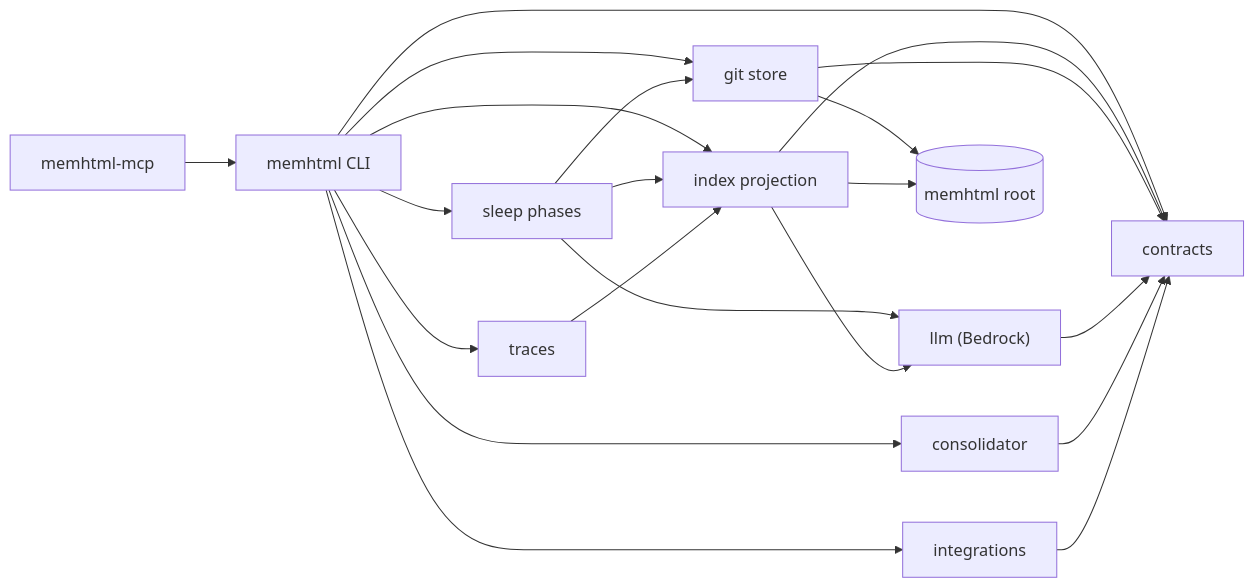
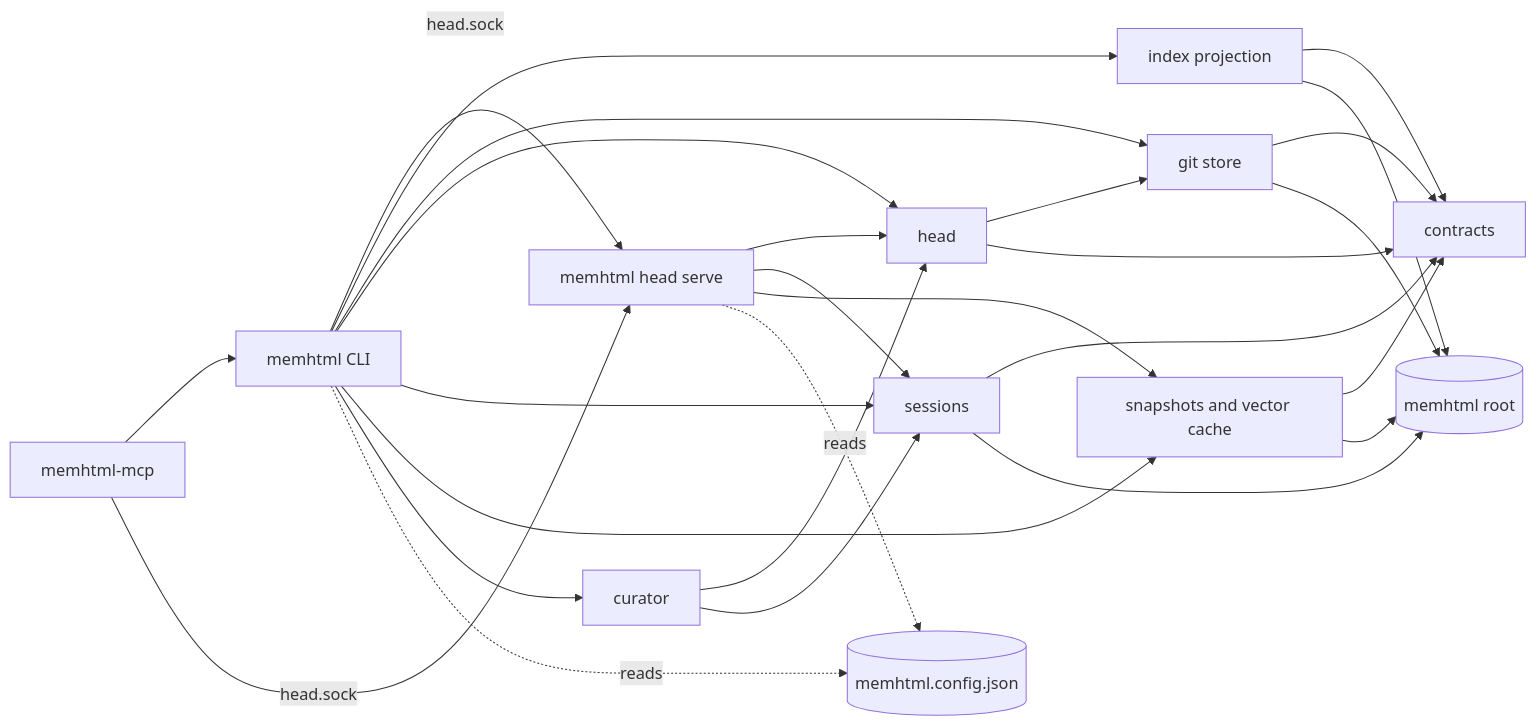
One commit to memhtml/memhtml changed the diagram in docs/architecture/system-overview.md. Above: the diagram before and after it, drawn with Mermaid. The commit also changed other lines of this file and 492 other files, not shown here.

First line of the commit message:
feat!: hold the corpus as an immutable head, write through sessions, and curate on a branch (#287)

````diff
--- a/docs/architecture/system-overview.md
+++ b/docs/architecture/system-overview.md
@@ -65,23 +51,42 @@
 ```mermaid
 flowchart LR
-  mcp["memhtml-mcp"] --> cli["memhtml CLI"]
-  cli --> consolidator["consolidator"]
-  cli --> integrations["integrations"]
-  cli --> sleep["sleep phases"]
-  cli --> traces["traces"]
-  cli --> index["index projection"]
-  cli --> store["git store"]
-  cli --> contracts["contracts"]
-  sleep --> index
-  sleep --> store
-  sleep --> llm["llm (Bedrock)"]
-  traces --> index
-  index --> llm
+  cli["memhtml CLI"]
+  mcp["memhtml-mcp"]
+  headServer["memhtml head serve"]
+  index["index projection"]
+  store["git store"]
+  head["head"]
+  session["sessions"]
+  snapshot["snapshots and vector cache"]
+  curator["curator"]
+  contracts["contracts"]
+  config[("memhtml.config.json")]
+  root[("memhtml root")]
+
+  mcp --> cli
+  cli -->|"head.sock"| headServer
+  mcp -->|"head.sock"| headServer
+  cli --> index
+  cli --> store
+  cli --> head
+  cli --> session
+  cli --> snapshot
+  cli --> curator
+  headServer --> head
+  headServer --> session
+  headServer --> snapshot
+  curator --> head
+  curator --> session
+  head --> store
   index --> contracts
   store --> contracts
-  llm --> contracts
-  consolidator --> contracts
-  integrations --> contracts
-  store --> root[("memhtml root")]
+  head --> contracts
+  session --> contracts
+  snapshot --> contracts
+  cli -.->|"reads"| config
+  headServer -.->|"reads"| config
+  store --> root
   index --> root
+  session --> root
+  snapshot --> root
 ```
````
